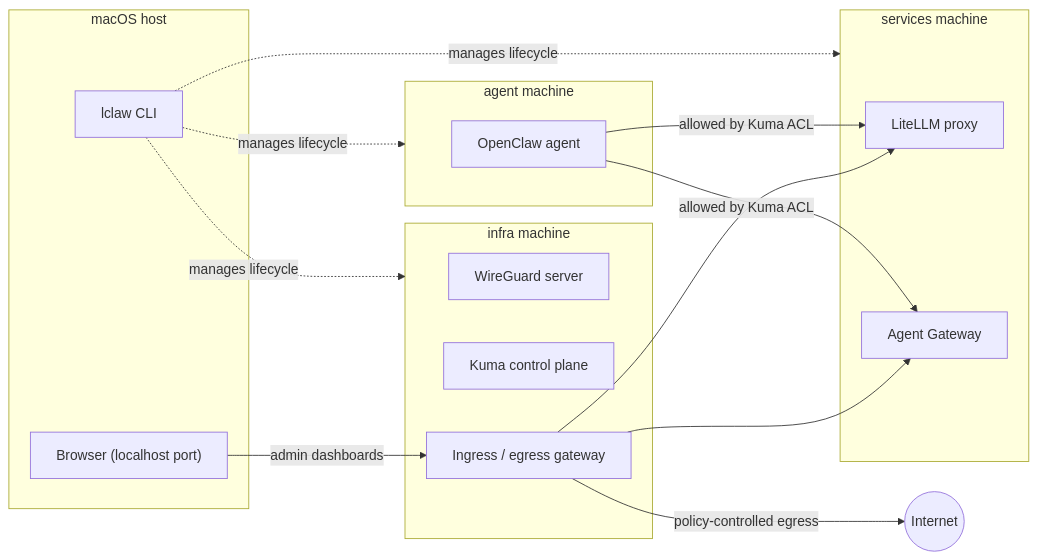
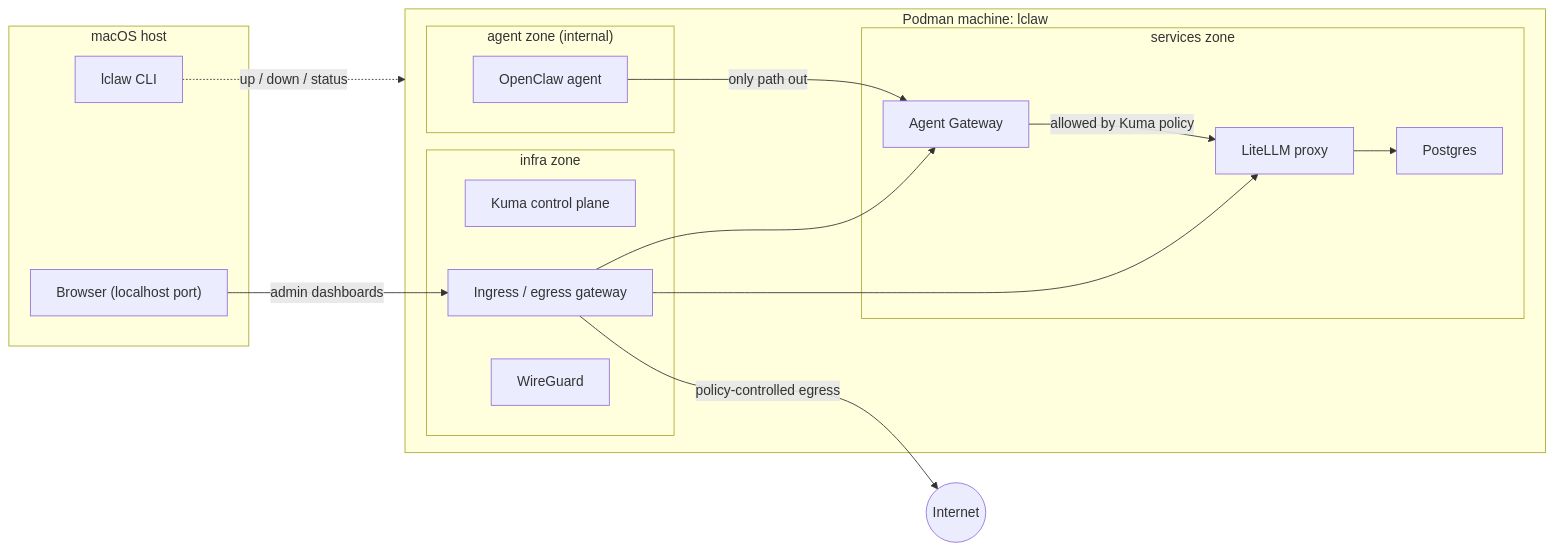
One commit to programmablemike/localclaw changed the diagram in README.md. Above: the diagram before and after it, drawn with Mermaid. The commit also changed other lines of this file and 13 other files, not shown here.

First line of the commit message:
docs: describe the single-machine architecture everywhere

````diff
--- a/README.md
+++ b/README.md
@@ -48,30 +58,32 @@
 ```mermaid
 flowchart LR
     subgraph host["macOS host"]
         lclaw["lclaw CLI"]
         browser["Browser (localhost port)"]
     end
-    subgraph infra["infra machine"]
-        wg["WireGuard server"]
-        kuma["Kuma control plane"]
-        gw["Ingress / egress gateway"]
-    end
-    subgraph services["services machine"]
-        litellm["LiteLLM proxy"]
-        agw["Agent Gateway"]
-    end
-    subgraph agent["agent machine"]
-        oc["OpenClaw agent"]
+    subgraph machine["Podman machine: lclaw"]
+        subgraph infra["infra zone"]
+            kuma["Kuma control plane"]
+            gw["Ingress / egress gateway"]
+            wg["WireGuard"]
+        end
+        subgraph services["services zone"]
+            litellm["LiteLLM proxy"]
+            db["Postgres"]
+            agw["Agent Gateway"]
+        end
+        subgraph agent["agent zone (internal)"]
+            oc["OpenClaw agent"]
+        end
     end
     internet(("Internet"))
 
-    lclaw -. "manages lifecycle" .-> infra
-    lclaw -. "manages lifecycle" .-> services
-    lclaw -. "manages lifecycle" .-> agent
+    lclaw -. "up / down / status" .-> machine
     browser -- "admin dashboards" --> gw
     gw --> litellm
     gw --> agw
-    oc -- "allowed by Kuma ACL" --> litellm
-    oc -- "allowed by Kuma ACL" --> agw
+    litellm --> db
+    oc -- "only path out" --> agw
+    agw -- "allowed by Kuma policy" --> litellm
     gw -- "policy-controlled egress" --> internet
 ```
````
